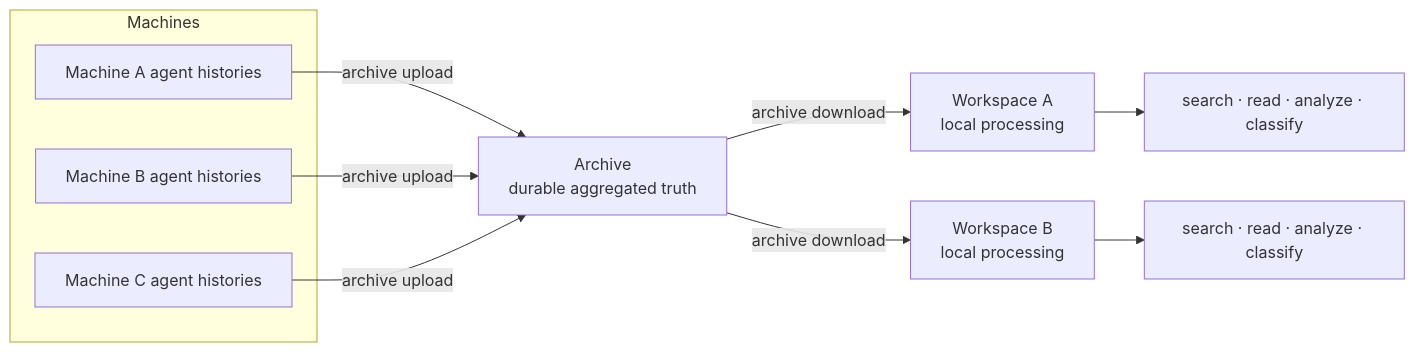
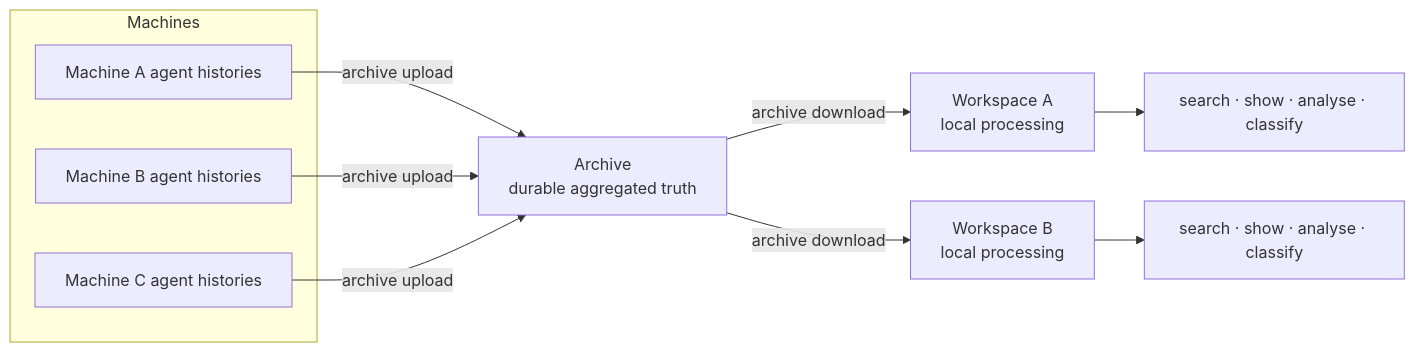
One commit to adewale/aha changed the first of 5 diagrams in docs/command-state-machine-v0.2-plan.md. Above: the diagram before and after it, drawn with Mermaid. The commit also changed other lines of this file and 59 other files, not shown here.

````diff
--- a/docs/command-state-machine-v0.2-plan.md
+++ b/docs/command-state-machine-v0.2-plan.md
@@ -17,22 +17,22 @@
 ```mermaid
 flowchart LR
     subgraph Machines
         H1[Machine A agent histories]
         H2[Machine B agent histories]
         H3[Machine C agent histories]
     end
 
     H1 -->|archive upload| A
     H2 -->|archive upload| A
     H3 -->|archive upload| A
 
     A[Archive<br/>durable aggregated truth]
     A -->|archive download| W1
     A -->|archive download| W2
 
     W1[Workspace A<br/>local processing]
     W2[Workspace B<br/>local processing]
 
-    W1 --> P1[search · read · analyze · classify]
-    W2 --> P2[search · read · analyze · classify]
+    W1 --> P1[search · show · analyse · classify]
+    W2 --> P2[search · show · analyse · classify]
 ```
````
